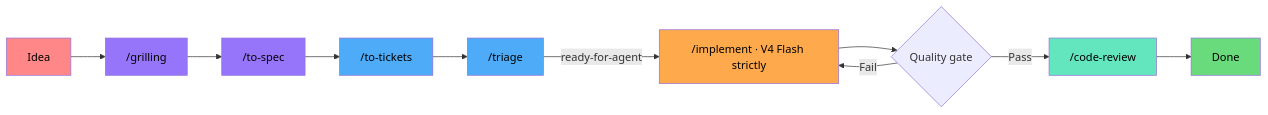
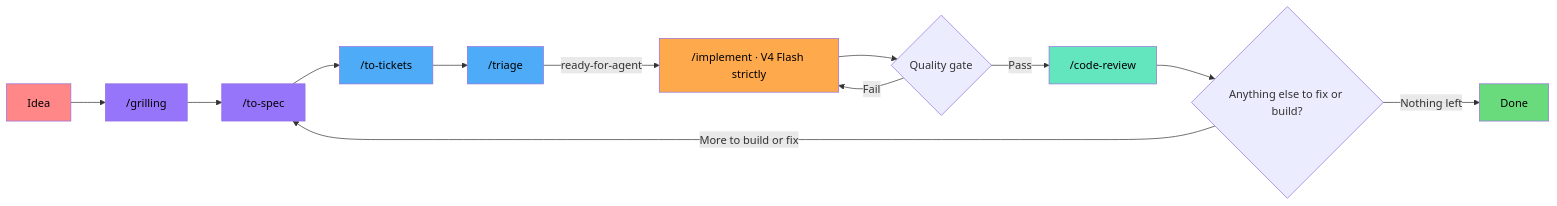
One commit to elisharkray1030/ai-coding-workflow changed the diagram in README.md. Above: the diagram before and after it, drawn with Mermaid. The commit also changed other lines of this file, not shown here.

````diff
--- a/README.md
+++ b/README.md
@@ -13,26 +13,28 @@
 ```mermaid
 graph LR
     ID[Idea] --> GR[ /grilling]
     GR --> SP[ /to-spec]
     SP --> TK[ /to-tickets]
     TK --> TR[ /triage]
     TR -->|ready-for-agent| IM[ /implement · V4 Flash strictly]
     IM --> Q{Quality gate}
     Q -->|Pass| CR[ /code-review]
     Q -->|Fail| IM
-    CR --> DN[Done]
+    CR --> LOOP{Anything else to fix or build?}
+    LOOP -->|More to build or fix| SP
+    LOOP -->|Nothing left| DN[Done]
 
     classDef red fill:#ff8787,color:#000
     classDef purple fill:#9775fa,color:#000
     classDef green fill:#69db7c,color:#000
     classDef blue fill:#4dabf7,color:#000
     classDef orange fill:#ffa94d,color:#000
     classDef teal fill:#63e6be,color:#000
 
     class ID red
     class GR,SP purple
     class TK,TR blue
     class IM orange
     class CR teal
     class DN green
 ```
````
